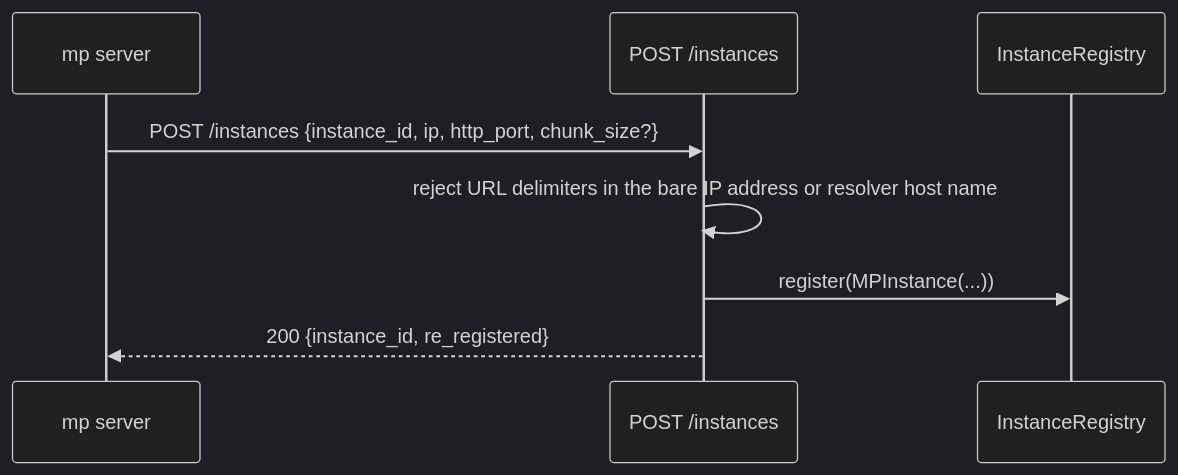
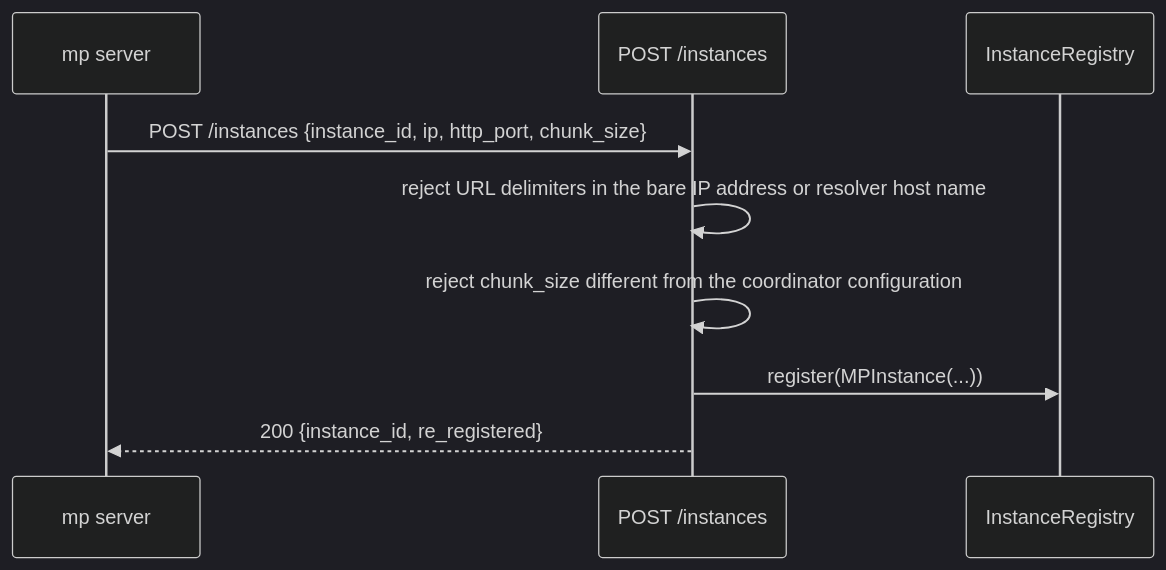
Before and after one commit to LMCache/LMCache: the first of 2 diagrams in docs/design/v1/mp_coordinator/README.md, drawn with Mermaid (dark theme). The commit also changed other lines of this file and 82 other files, not shown here.

Commit message:
[Feature] Support multi chunk size in lmcache mp server

````diff
--- a/docs/design/v1/mp_coordinator/README.md
+++ b/docs/design/v1/mp_coordinator/README.md
@@ -105,11 +104,12 @@
 ```mermaid
 sequenceDiagram
     participant C as mp server
     participant API as POST /instances
     participant Reg as InstanceRegistry
 
-    C->>API: POST /instances {instance_id, ip, http_port, chunk_size?}
+    C->>API: POST /instances {instance_id, ip, http_port, chunk_size}
     API->>API: reject URL delimiters in the bare IP address or resolver host name
+    API->>API: reject chunk_size different from the coordinator configuration
     API->>Reg: register(MPInstance(...))
     API-->>C: 200 {instance_id, re_registered}
 ```
````
